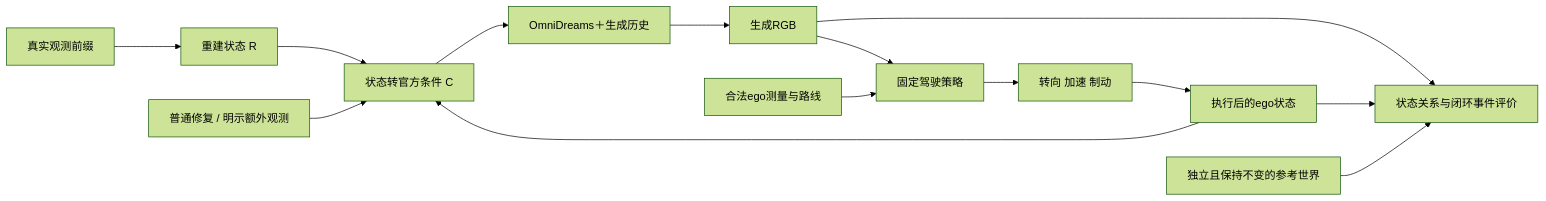
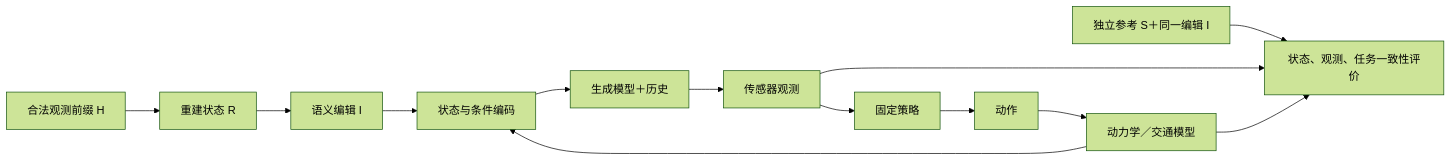
The diagram in docs/v75/PROBLEM.md (yunlongdeng123/Motion-Proj), drawn with Mermaid (forest theme) before and after one commit. The commit also changed other lines of this file and 39 other files, not shown here.

````diff
--- a/docs/v75/PROBLEM.md
+++ b/docs/v75/PROBLEM.md
@@ -11,16 +20,15 @@
 ```mermaid
 flowchart LR
-    X[真实观测前缀] --> R[重建状态 R]
-    R --> C[状态转官方条件 C]
-    F[普通修复 / 明示额外观测] --> C
-    S[执行后的ego状态] --> C
-    C --> W[OmniDreams＋生成历史]
-    W --> Y[生成RGB]
-    Y --> P[固定驾驶策略]
-    U[合法ego测量与路线] --> P
-    P --> A[转向 加速 制动]
-    A --> S
-    Y --> E[状态关系与闭环事件评价]
-    S --> E
-    T[独立且保持不变的参考世界] --> E
+    H[合法观测前缀 H] --> R[重建状态 R]
+    R --> I[语义编辑 I]
+    I --> C[状态与条件编码]
+    C --> W[生成模型＋历史]
+    W --> O[传感器观测]
+    O --> P[固定策略]
+    P --> A[动作]
+    A --> D[动力学／交通模型]
+    D --> C
+    S[独立参考 S＋同一编辑 I] --> E[状态、观测、任务一致性评价]
+    O --> E
+    D --> E
 ```
````
